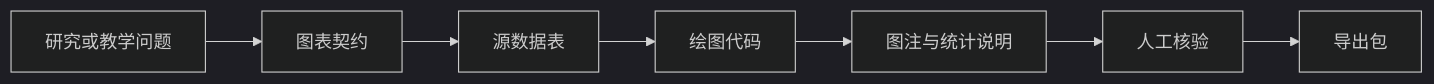
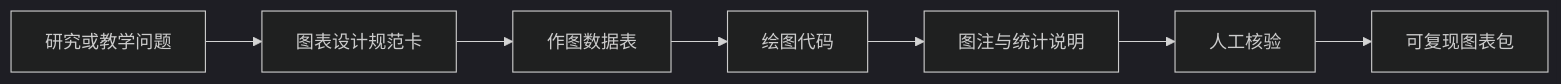
One commit to luvega/AI_MED_DataVis changed the diagram in docs/references/figure-guidelines.md. Above: the diagram before and after it, drawn with Mermaid (dark theme). The commit also changed other lines of this file and 84 other files, not shown here.

````diff
--- a/docs/references/figure-guidelines.md
+++ b/docs/references/figure-guidelines.md
@@ -27,9 +27,9 @@
 ```mermaid
 flowchart LR
-  A["研究或教学问题"] --> B["图表契约"]
-  B --> C["源数据表"]
+  A["研究或教学问题"] --> B["图表设计规范卡"]
+  B --> C["作图数据表"]
   C --> D["绘图代码"]
   D --> E["图注与统计说明"]
   E --> F["人工核验"]
-  F --> G["导出包"]
+  F --> G["可复现图表包"]
 ```
````
